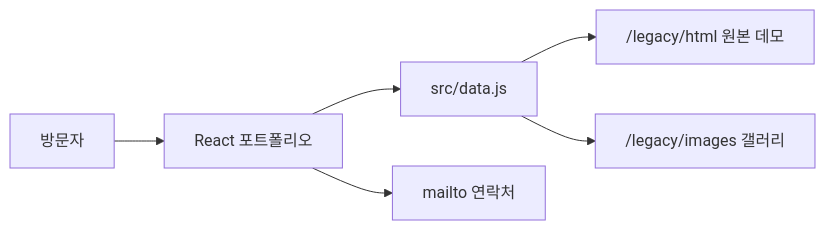
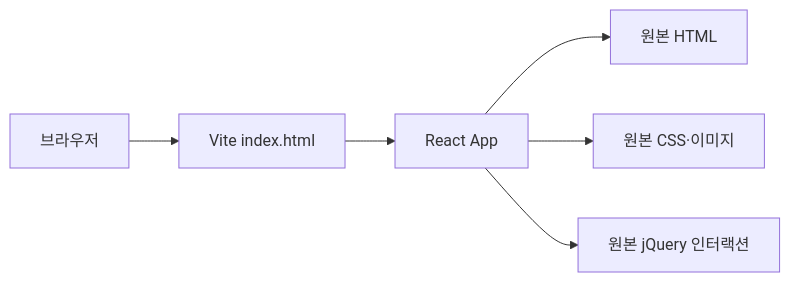
Before and after one commit to bonjin-app/portfolio.2015: the diagram in docs/ARCHITECTURE.md, drawn with Mermaid. The commit also changed other lines of this file and 7 other files, not shown here.

````diff
--- a/docs/ARCHITECTURE.md
+++ b/docs/ARCHITECTURE.md
@@ -38,8 +17,8 @@
 ```mermaid
 flowchart LR
-  Visitor["방문자"] --> React["React 포트폴리오"]
-  React --> Data["src/data.js"]
-  Data --> Demo["/legacy/html 원본 데모"]
-  Data --> Gallery["/legacy/images 갤러리"]
-  React --> Contact["mailto 연락처"]
+  Browser["브라우저"] --> Vite["Vite index.html"]
+  Vite --> React["React App"]
+  React --> Markup["원본 HTML"]
+  React --> Assets["원본 CSS·이미지"]
+  React --> Scripts["원본 jQuery 인터랙션"]
 ```
````
